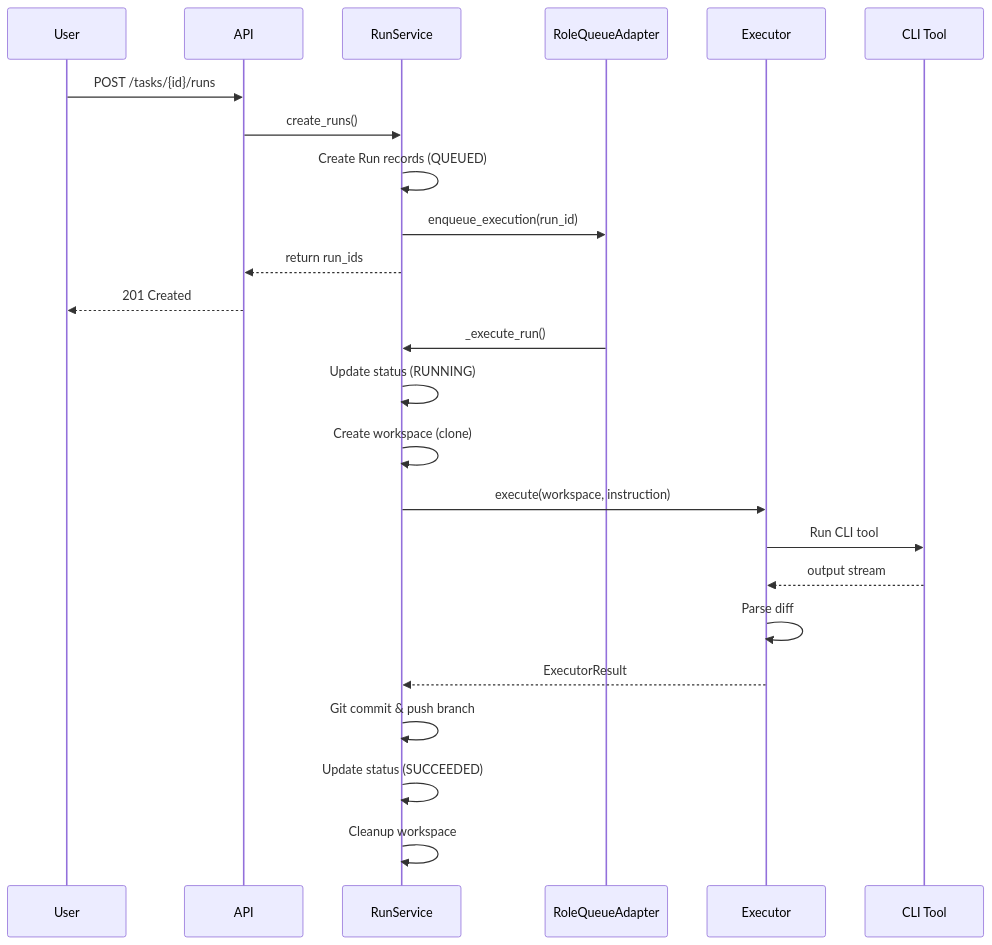
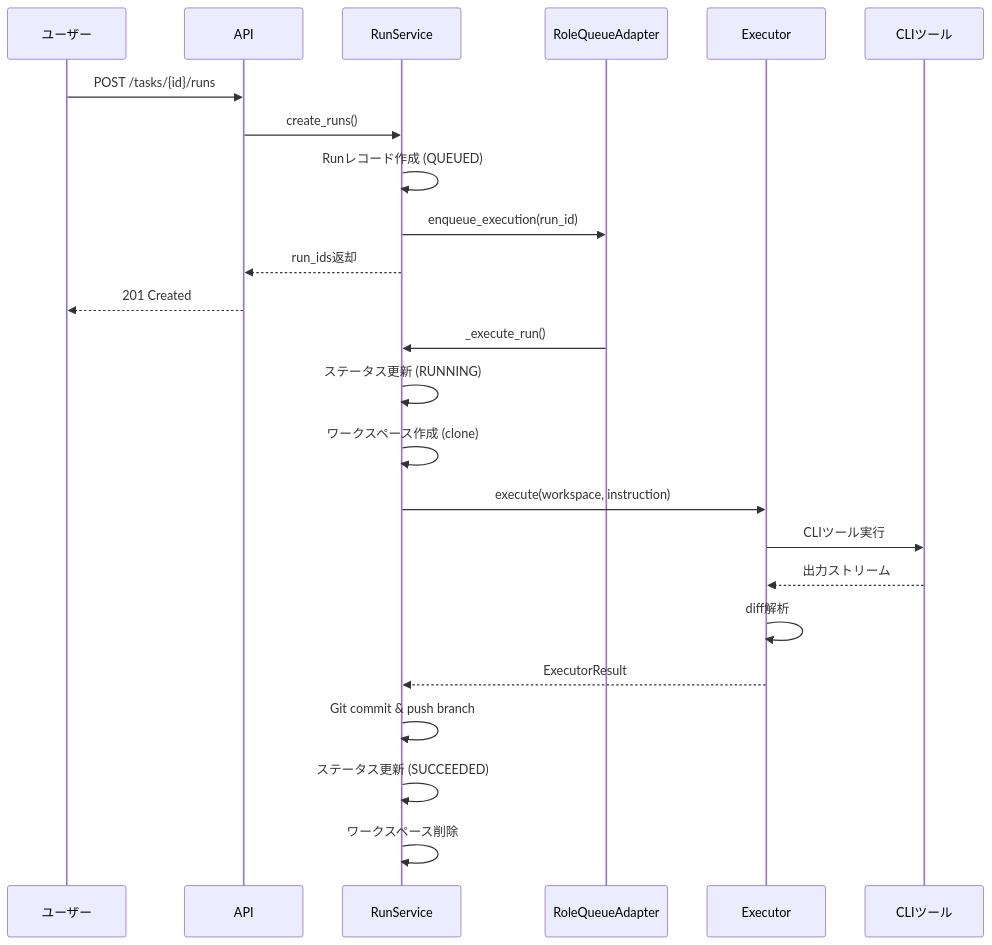
One commit to hampen2929/zloth changed the sixth of 15 diagrams in docs/architecture.md. Above: the diagram before and after it, drawn with Mermaid. The commit also changed other lines of this file, not shown here.

First line of the commit message:
Translate architecture documentation to Japanese

````diff
--- a/docs/architecture.md
+++ b/docs/architecture.md
@@ -369,28 +369,28 @@
 ```mermaid
 sequenceDiagram
-    participant U as User
+    participant U as ユーザー
     participant A as API
     participant RS as RunService
     participant Q as RoleQueueAdapter
     participant EX as Executor
-    participant CLI as CLI Tool
+    participant CLI as CLIツール
 
     U->>A: POST /tasks/{id}/runs
     A->>RS: create_runs()
-    RS->>RS: Create Run records (QUEUED)
+    RS->>RS: Runレコード作成 (QUEUED)
     RS->>Q: enqueue_execution(run_id)
-    RS-->>A: return run_ids
+    RS-->>A: run_ids返却
     A-->>U: 201 Created
 
     Q->>RS: _execute_run()
-    RS->>RS: Update status (RUNNING)
-    RS->>RS: Create workspace (clone)
+    RS->>RS: ステータス更新 (RUNNING)
+    RS->>RS: ワークスペース作成 (clone)
     RS->>EX: execute(workspace, instruction)
-    EX->>CLI: Run CLI tool
-    CLI-->>EX: output stream
-    EX->>EX: Parse diff
+    EX->>CLI: CLIツール実行
+    CLI-->>EX: 出力ストリーム
+    EX->>EX: diff解析
     EX-->>RS: ExecutorResult
     RS->>RS: Git commit & push branch
-    RS->>RS: Update status (SUCCEEDED)
-    RS->>RS: Cleanup workspace
+    RS->>RS: ステータス更新 (SUCCEEDED)
+    RS->>RS: ワークスペース削除
 ```
````
